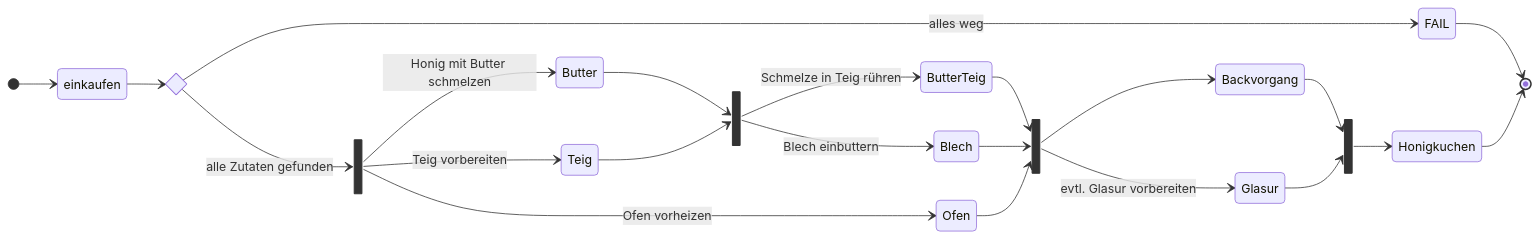
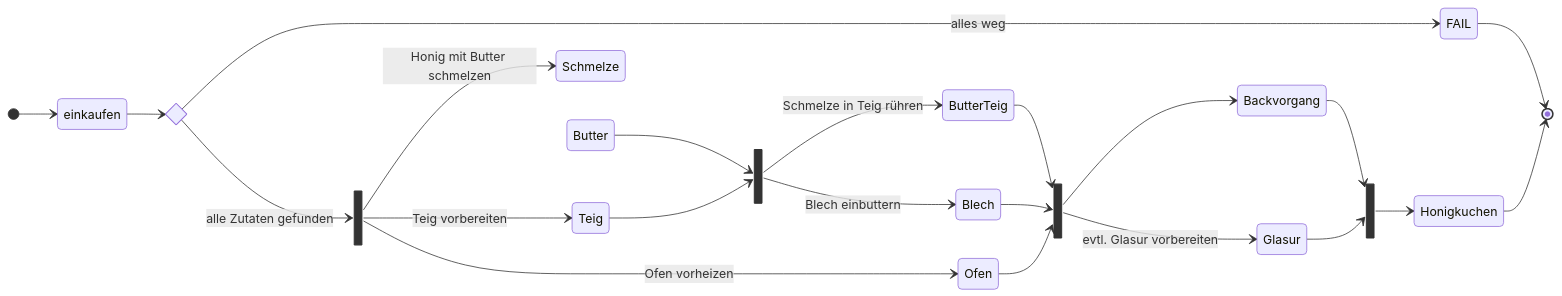
Before and after one commit to SchlammSpringer/modern-springboot-with-kotlin: the diagram in slides.md, drawn with Mermaid.

````diff
--- a/slides.md
+++ b/slides.md
@@ -191,33 +191,33 @@
 ```mermaid
  stateDiagram-v2
     direction LR
     state if_state <<choice>>
     [*] --> einkaufen
     einkaufen --> if_state
     if_state --> FAIL: alles weg
     FAIL --> [*]
     state schritt1 <<fork>>
     if_state --> schritt1 : alle Zutaten gefunden
-    schritt1 --> Butter: Honig mit Butter schmelzen
+    schritt1 --> Schmelze: Honig mit Butter schmelzen
     schritt1 --> Teig: Teig vorbereiten
     schritt1 --> Ofen: Ofen vorheizen
 
     state join_schritt1 <<join>>
     Butter --> join_schritt1
     Teig --> join_schritt1
     join_schritt1 --> ButterTeig: Schmelze in Teig rühren
     join_schritt1 --> Blech: Blech einbuttern
 
     state join_all <<join>>
     ButterTeig --> join_all
     Blech --> join_all
     Ofen --> join_all
     join_all --> Backvorgang
     join_all --> Glasur: evtl. Glasur vorbereiten
 
     state join_end <<join>>
     Backvorgang --> join_end
     Glasur --> join_end
     join_end --> Honigkuchen
     Honigkuchen --> [*]
 ```
````
